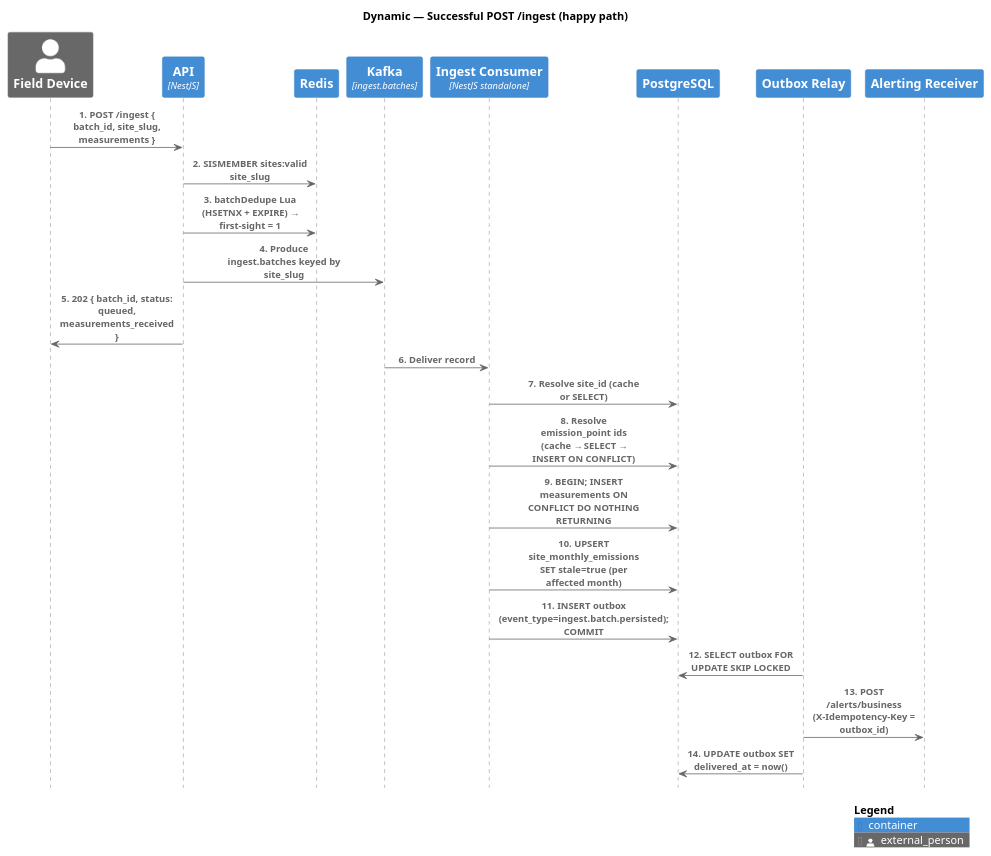
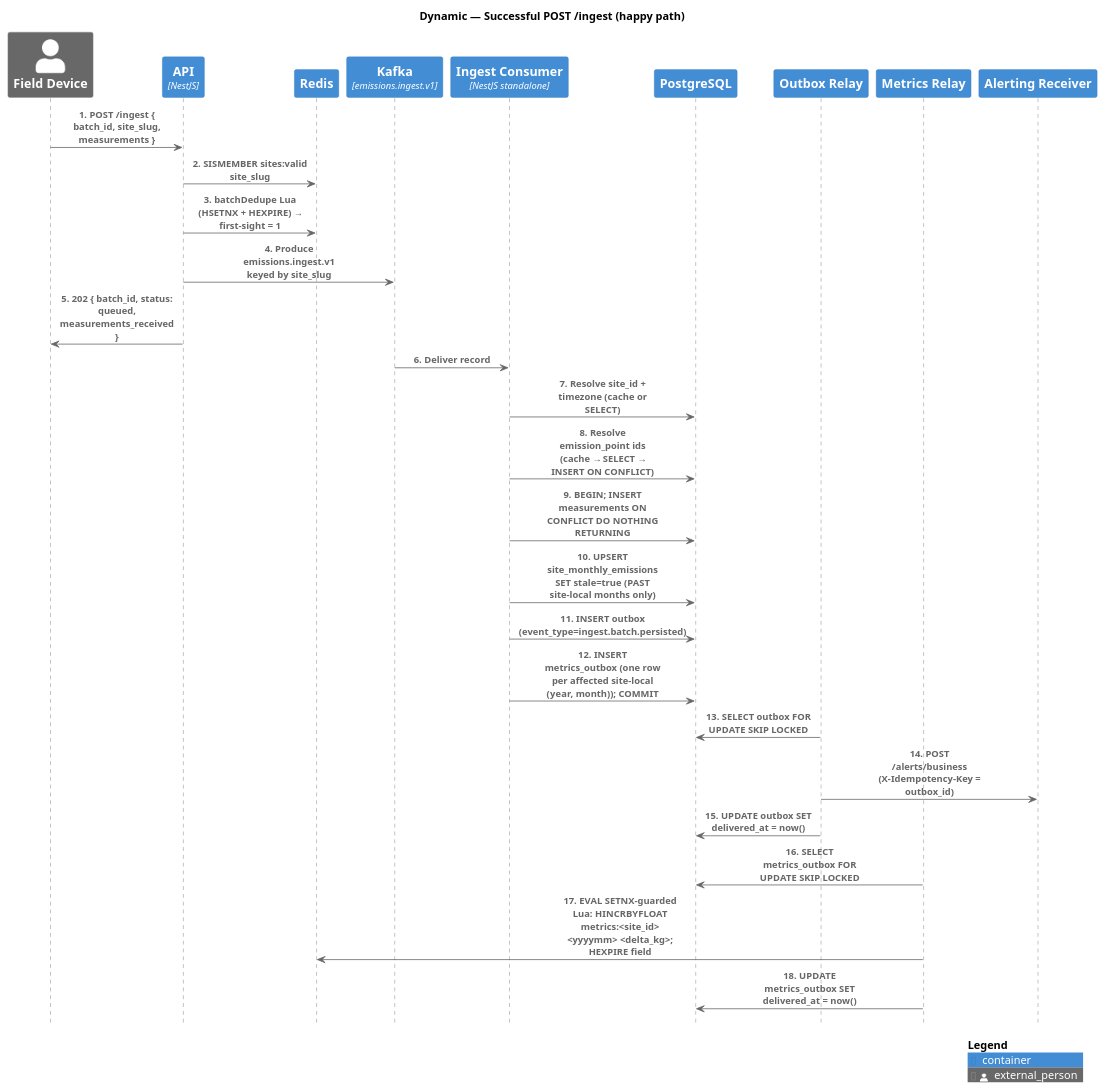
Before and after one commit to mehdone/Full-Stack-Take-Home: the diagram in docs/c4/dynamic_ingest.puml, drawn with PlantUML. The commit also changed 5 other files, not shown here.

Commit message:
Expanded C4 diagrams with `metrics-relay` components, updated Kafka topic naming, and integrated `metrics_outbox` table with related workflows. Enhanced documentation and deployment model to reflect new architecture.

```diff
--- a/docs/c4/dynamic_ingest.puml
+++ b/docs/c4/dynamic_ingest.puml
@@ -1,33 +1,39 @@
 @startuml Dynamic_Ingest
 !include https://raw.githubusercontent.com/plantuml-stdlib/C4-PlantUML/master/C4_Sequence.puml
 
 title Dynamic — Successful POST /ingest (happy path)
 
 Person_Ext(device, "Field Device", "Retries with stable batch_id")
 Container(api, "API", "NestJS")
 ContainerDb(redis, "Redis")
-ContainerQueue(kafka, "Kafka", "ingest.batches")
+ContainerQueue(kafka, "Kafka", "emissions.ingest.v1")
 Container(consumer, "Ingest Consumer", "NestJS standalone")
 ContainerDb(postgres, "PostgreSQL")
-Container(relay, "Outbox Relay")
+Container(outbox_relay, "Outbox Relay")
+Container(metrics_relay, "Metrics Relay")
 Container(alerting, "Alerting Receiver")
 
 Rel(device, api, "1. POST /ingest { batch_id, site_slug, measurements }")
 Rel(api, redis, "2. SISMEMBER sites:valid site_slug")
-Rel(api, redis, "3. batchDedupe Lua (HSETNX + EXPIRE) → first-sight = 1")
-Rel(api, kafka, "4. Produce ingest.batches keyed by site_slug")
+Rel(api, redis, "3. batchDedupe Lua (HSETNX + HEXPIRE) → first-sight = 1")
+Rel(api, kafka, "4. Produce emissions.ingest.v1 keyed by site_slug")
 Rel(api, device, "5. 202 { batch_id, status: queued, measurements_received }")
 
 Rel(kafka, consumer, "6. Deliver record")
-Rel(consumer, postgres, "7. Resolve site_id (cache or SELECT)")
+Rel(consumer, postgres, "7. Resolve site_id + timezone (cache or SELECT)")
 Rel(consumer, postgres, "8. Resolve emission_point ids (cache → SELECT → INSERT ON CONFLICT)")
 Rel(consumer, postgres, "9. BEGIN; INSERT measurements ON CONFLICT DO NOTHING RETURNING")
-Rel(consumer, postgres, "10. UPSERT site_monthly_emissions SET stale=true (per affected month)")
-Rel(consumer, postgres, "11. INSERT outbox (event_type=ingest.batch.persisted); COMMIT")
+Rel(consumer, postgres, "10. UPSERT site_monthly_emissions SET stale=true (PAST site-local months only)")
+Rel(consumer, postgres, "11. INSERT outbox (event_type=ingest.batch.persisted)")
+Rel(consumer, postgres, "12. INSERT metrics_outbox (one row per affected site-local (year, month)); COMMIT")
 
-Rel(relay, postgres, "12. SELECT outbox FOR UPDATE SKIP LOCKED")
-Rel(relay, alerting, "13. POST /alerts/business (X-Idempotency-Key = outbox_id)")
-Rel(relay, postgres, "14. UPDATE outbox SET delivered_at = now()")
+Rel(outbox_relay, postgres, "13. SELECT outbox FOR UPDATE SKIP LOCKED")
+Rel(outbox_relay, alerting, "14. POST /alerts/business (X-Idempotency-Key = outbox_id)")
+Rel(outbox_relay, postgres, "15. UPDATE outbox SET delivered_at = now()")
+
+Rel(metrics_relay, postgres, "16. SELECT metrics_outbox FOR UPDATE SKIP LOCKED")
+Rel(metrics_relay, redis, "17. EVAL SETNX-guarded Lua: HINCRBYFLOAT metrics:<site_id> <yyyymm> <delta_kg>; HEXPIRE field")
+Rel(metrics_relay, postgres, "18. UPDATE metrics_outbox SET delivered_at = now()")
 
 SHOW_LEGEND()
 @enduml
```
